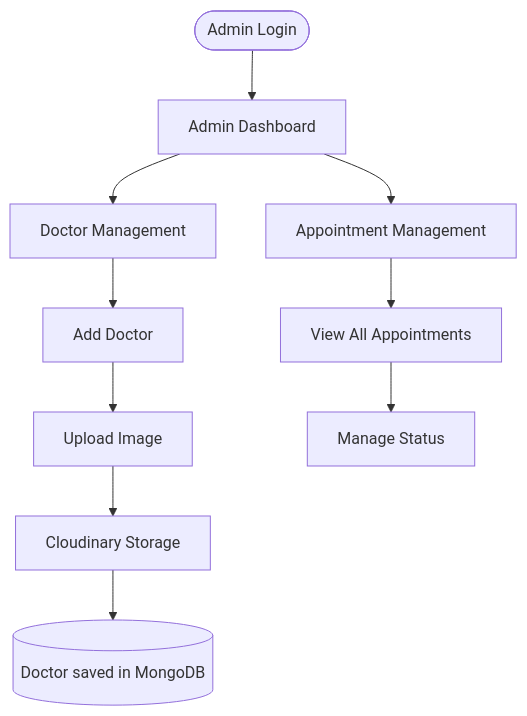
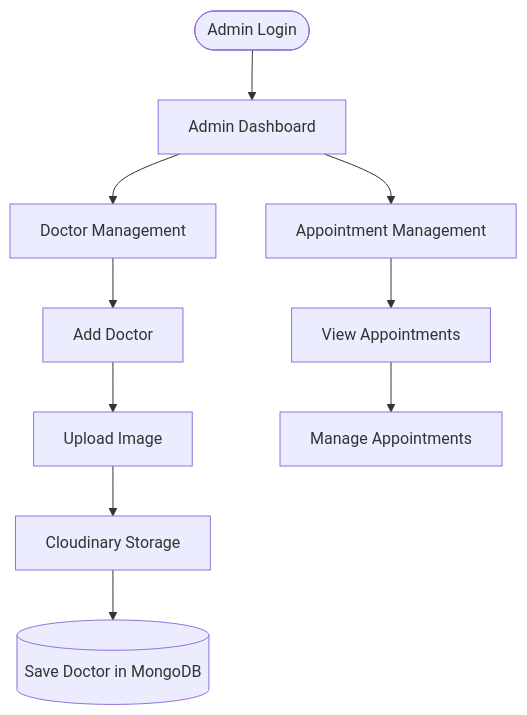
Before and after one commit to aryankk073/Prescripto: the fourth of 10 diagrams in README.md, drawn with Mermaid. The commit also changed other lines of this file and 1 other file, not shown here.

````diff
--- a/README.md
+++ b/README.md
@@ -240,12 +202,14 @@
 ```mermaid
 flowchart TD
     A([Admin Login]) --> B[Admin Dashboard]
     B --> C[Doctor Management]
     B --> D[Appointment Management]
+
     C --> E[Add Doctor]
     E --> F[Upload Image]
     F --> G[Cloudinary Storage]
-    G --> H[(Doctor saved in MongoDB)]
-    D --> I[View All Appointments]
-    I --> J[Manage Status]
+    G --> H[(Save Doctor in MongoDB)]
+
+    D --> I[View Appointments]
+    I --> J[Manage Appointments]
 ```
````
